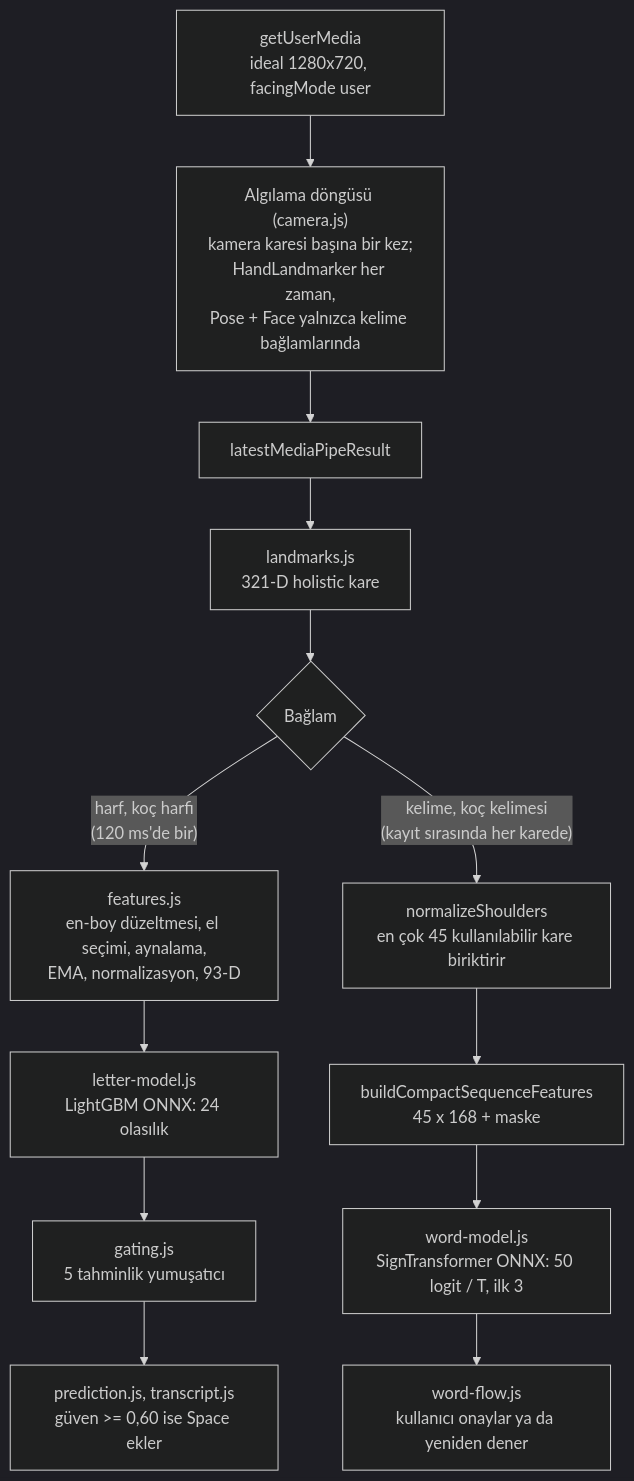
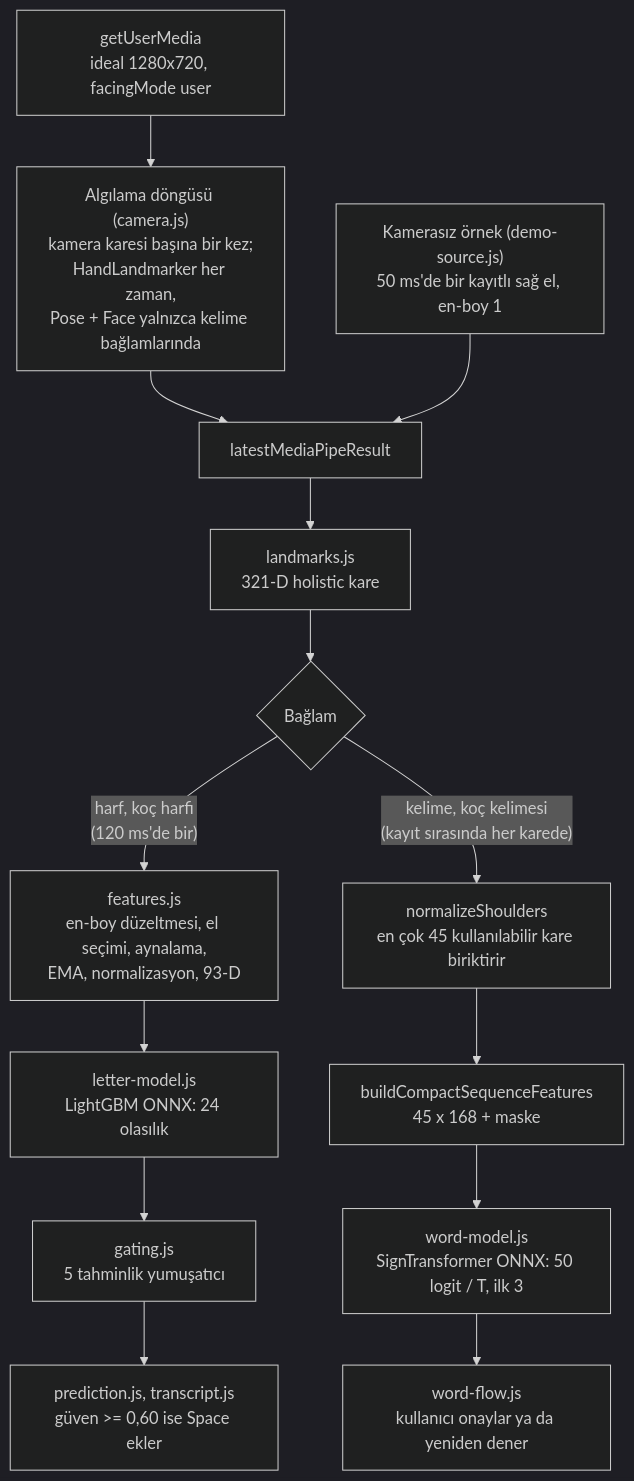
Before and after one commit to alimustafaekmen/asl-assistant: the second of 4 diagrams in TECHNICAL_REPORT.tr.md, drawn with Mermaid (dark theme). The commit also changed other lines of this file and 16 other files, not shown here.

````diff
--- a/TECHNICAL_REPORT.tr.md
+++ b/TECHNICAL_REPORT.tr.md
@@ -100,15 +102,16 @@
 ```mermaid
 flowchart TD
   CAM["getUserMedia<br/>ideal 1280x720, facingMode user"] --> DET["Algılama döngüsü (camera.js)<br/>kamera karesi başına bir kez;<br/>HandLandmarker her zaman,<br/>Pose + Face yalnızca kelime bağlamlarında"]
   DET --> RES["latestMediaPipeResult"]
+  DEMO["Kamerasız örnek (demo-source.js)<br/>50 ms'de bir kayıtlı sağ el, en-boy 1"] --> RES
   RES --> L321["landmarks.js<br/>321-D holistic kare"]
   L321 --> SPLIT{"Bağlam"}
   SPLIT -- "harf, koç harfi<br/>(120 ms'de bir)" --> LF["features.js<br/>en-boy düzeltmesi, el seçimi, aynalama,<br/>EMA, normalizasyon, 93-D"]
   LF --> LM["letter-model.js<br/>LightGBM ONNX: 24 olasılık"]
   LM --> SM["gating.js<br/>5 tahminlik yumuşatıcı"]
   SM --> UIL["prediction.js, transcript.js<br/>güven >= 0,60 ise Space ekler"]
   SPLIT -- "kelime, koç kelimesi<br/>(kayıt sırasında her karede)" --> SN["normalizeShoulders<br/>en çok 45 kullanılabilir kare biriktirir"]
   SN --> WF["buildCompactSequenceFeatures<br/>45 x 168 + maske"]
   WF --> WM["word-model.js<br/>SignTransformer ONNX: 50 logit / T, ilk 3"]
   WM --> UIW["word-flow.js<br/>kullanıcı onaylar ya da yeniden dener"]
 ```
````
